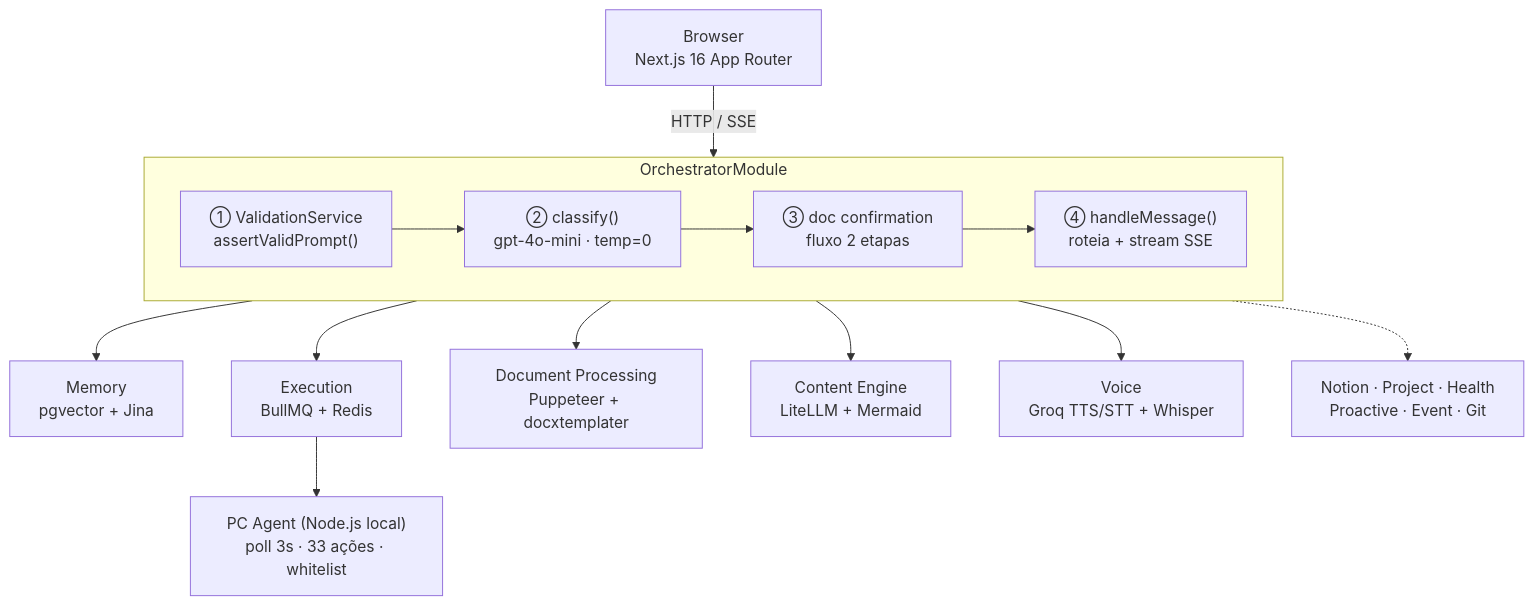
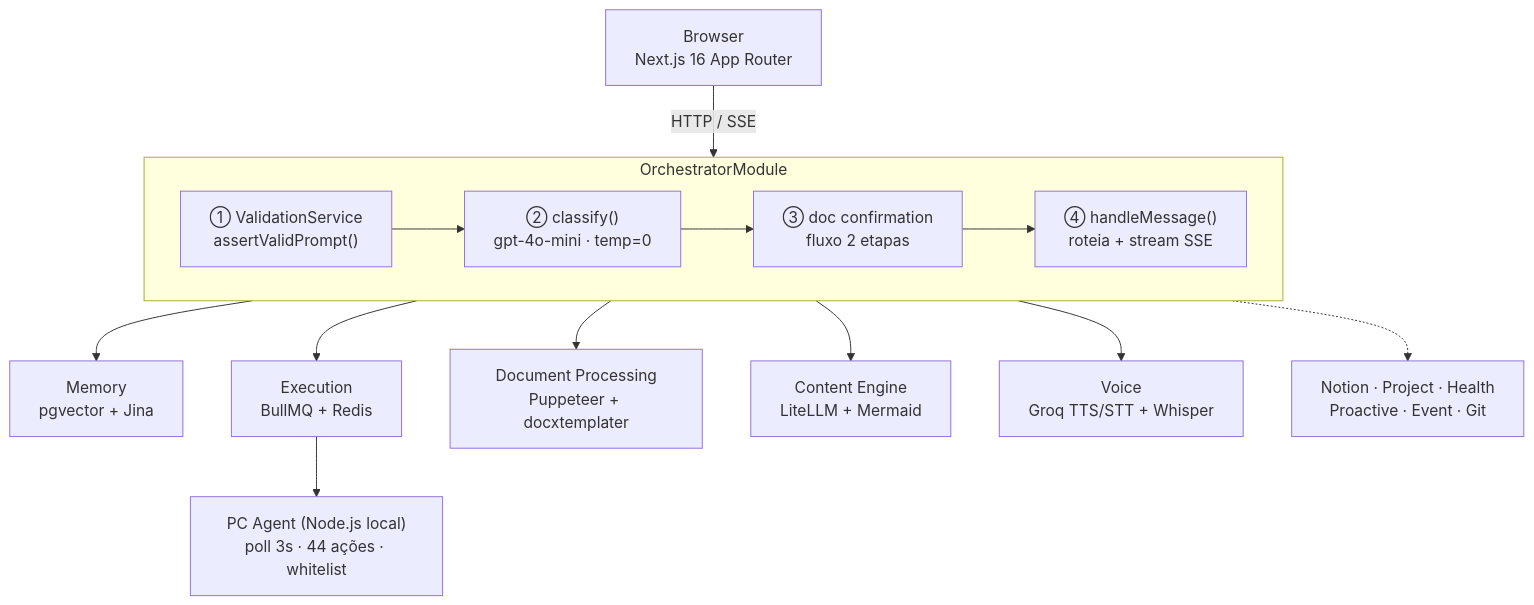
One commit to marcelorayzen/Rayzen-AI changed the diagram in README.md. Above: the diagram before and after it, drawn with Mermaid. The commit also changed other lines of this file and 556 other files, not shown here.

````diff
--- a/README.md
+++ b/README.md
@@ -130,18 +129,18 @@
 ```mermaid
 flowchart TD
     Browser["Browser<br/>Next.js 16 App Router"] -->|"HTTP / SSE"| Orch
 
     subgraph Orch["OrchestratorModule"]
         direction LR
         V["① ValidationService<br/>assertValidPrompt()"] --> C["② classify()<br/>gpt-4o-mini · temp=0"] --> D["③ doc confirmation<br/>fluxo 2 etapas"] --> H["④ handleMessage()<br/>roteia + stream SSE"]
     end
 
     Orch --> Memory["Memory<br/>pgvector + Jina"]
     Orch --> Execution["Execution<br/>BullMQ + Redis"]
     Orch --> DocProc["Document Processing<br/>Puppeteer + docxtemplater"]
     Orch --> Content["Content Engine<br/>LiteLLM + Mermaid"]
     Orch --> Voice["Voice<br/>Groq TTS/STT + Whisper"]
     Orch -.-> Rest["Notion · Project · Health<br/>Proactive · Event · Git"]
 
-    Execution --> Agent["PC Agent (Node.js local)<br/>poll 3s · 33 ações · whitelist"]
+    Execution --> Agent["PC Agent (Node.js local)<br/>poll 3s · 44 ações · whitelist"]
 ```
````
